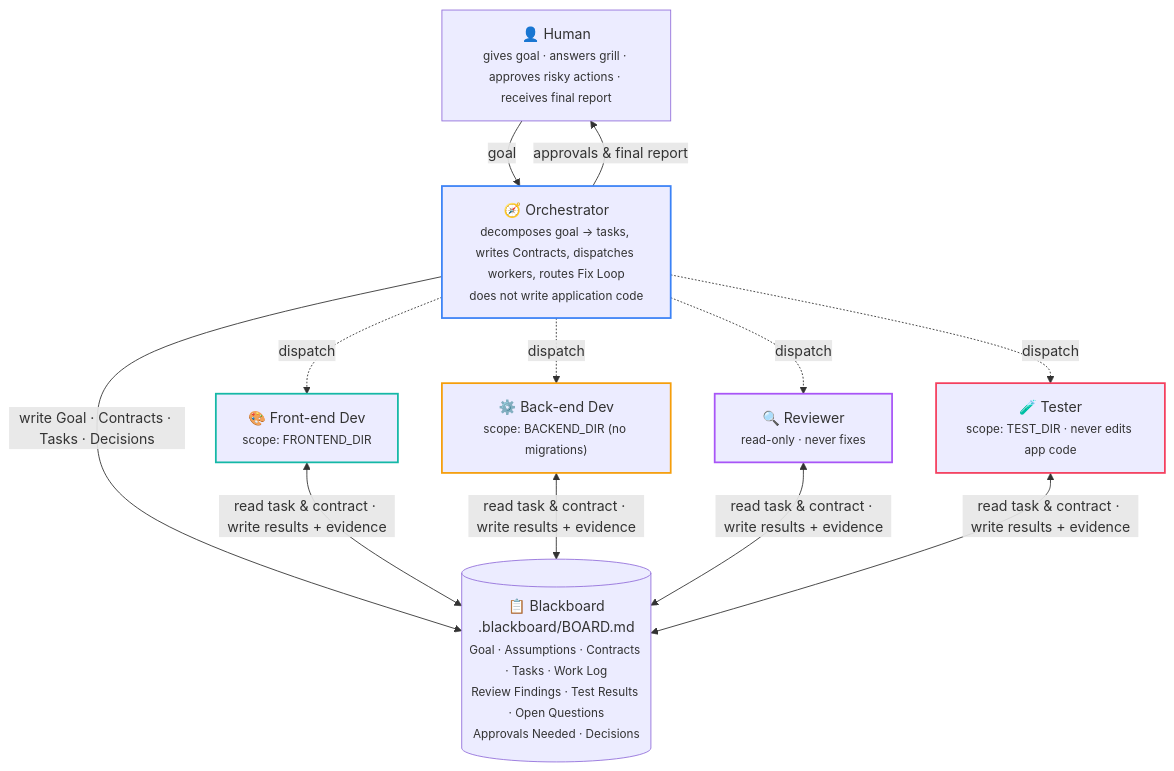
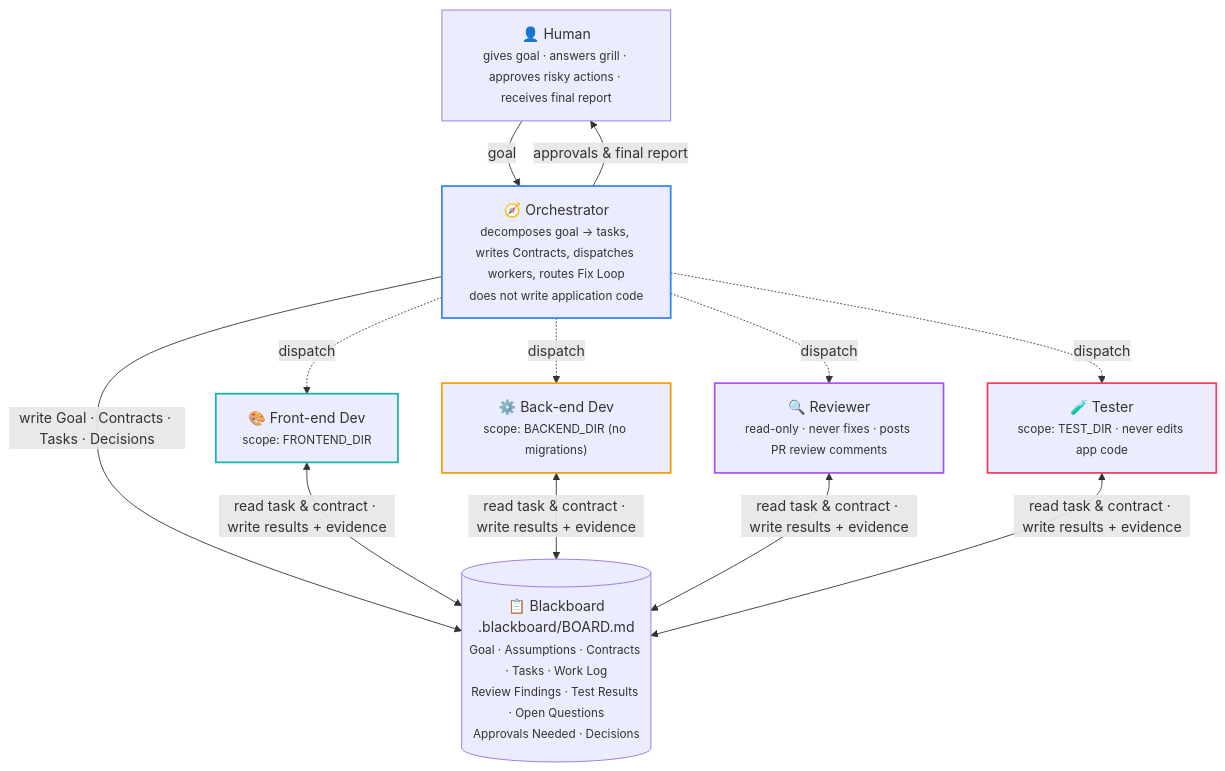
Before and after one commit to kikiriky-hue/my-agent: the first of 4 diagrams in README.md, drawn with Mermaid. The commit also changed other lines of this file, not shown here.

First line of the commit message:
Document PR review, branch sync, and approval rules in README

````diff
--- a/README.md
+++ b/README.md
@@ -25,27 +27,27 @@
 ```mermaid
 flowchart TB
     H["👤 Human<br/><small>gives goal · answers grill · approves risky actions · receives final report</small>"]
     O["🧭 Orchestrator<br/><small>decomposes goal → tasks, writes Contracts, dispatches workers, routes Fix Loop<br/>does not write application code</small>"]
     B[("📋 Blackboard<br/>.blackboard/BOARD.md<br/><small>Goal · Assumptions · Contracts · Tasks · Work Log<br/>Review Findings · Test Results · Open Questions<br/>Approvals Needed · Decisions</small>")]
     FE["🎨 Front-end Dev<br/><small>scope: FRONTEND_DIR</small>"]
     BE["⚙️ Back-end Dev<br/><small>scope: BACKEND_DIR (no migrations)</small>"]
-    RV["🔍 Reviewer<br/><small>read-only · never fixes</small>"]
+    RV["🔍 Reviewer<br/><small>read-only · never fixes · posts PR review comments</small>"]
     TS["🧪 Tester<br/><small>scope: TEST_DIR · never edits app code</small>"]
 
     H -- goal --> O
     O -- "approvals & final report" --> H
     O -- "write Goal · Contracts · Tasks · Decisions" --> B
     O -. dispatch .-> FE & BE & RV & TS
     FE & BE & RV & TS <-->|"read task & contract · write results + evidence"| B
 
     classDef orch stroke:#3b82f6,stroke-width:2px
     classDef fe stroke:#14b8a6,stroke-width:2px
     classDef be stroke:#f59e0b,stroke-width:2px
     classDef rv stroke:#a855f7,stroke-width:2px
     classDef ts stroke:#f43f5e,stroke-width:2px
     class O orch
     class FE fe
     class BE be
     class RV rv
     class TS ts
 ```
````
